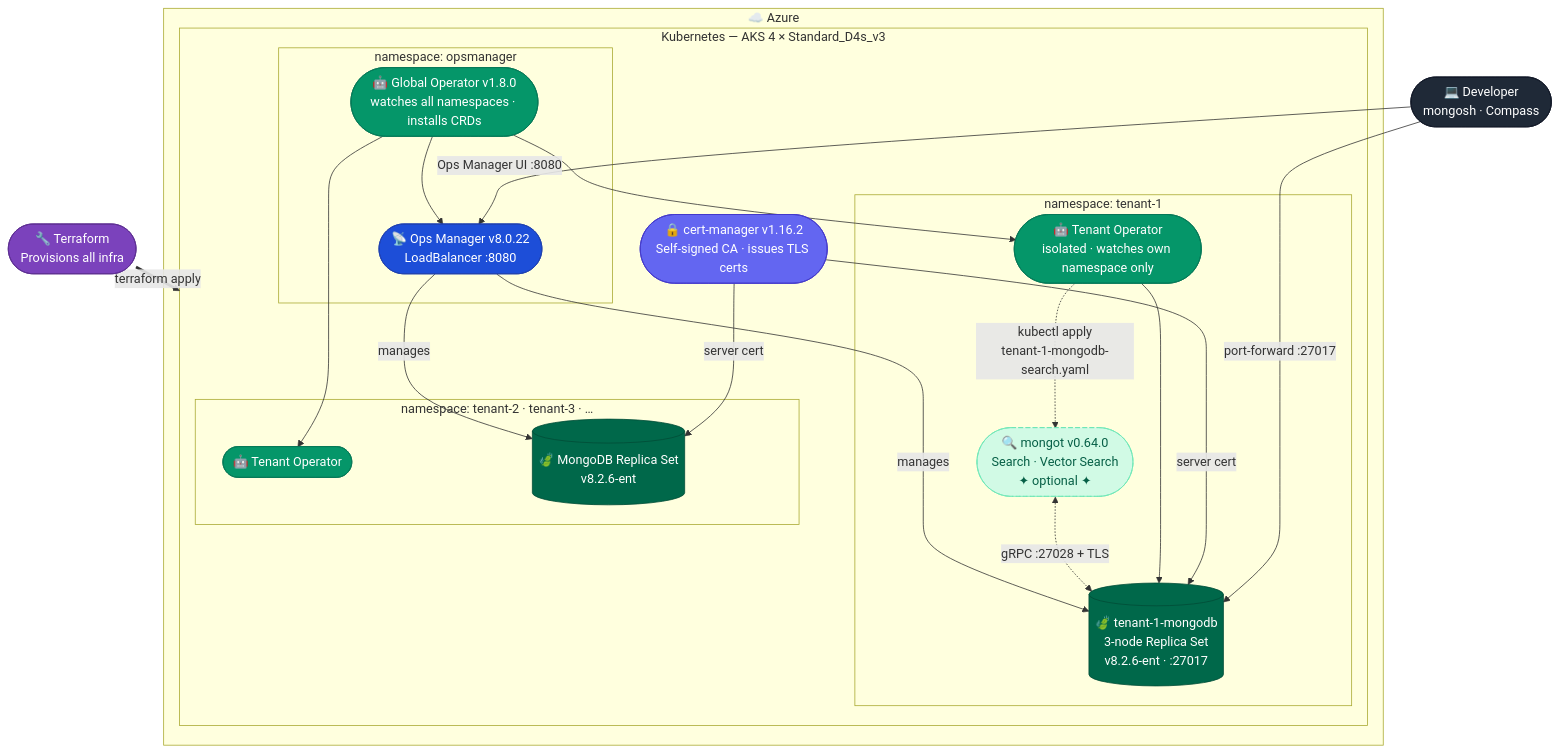
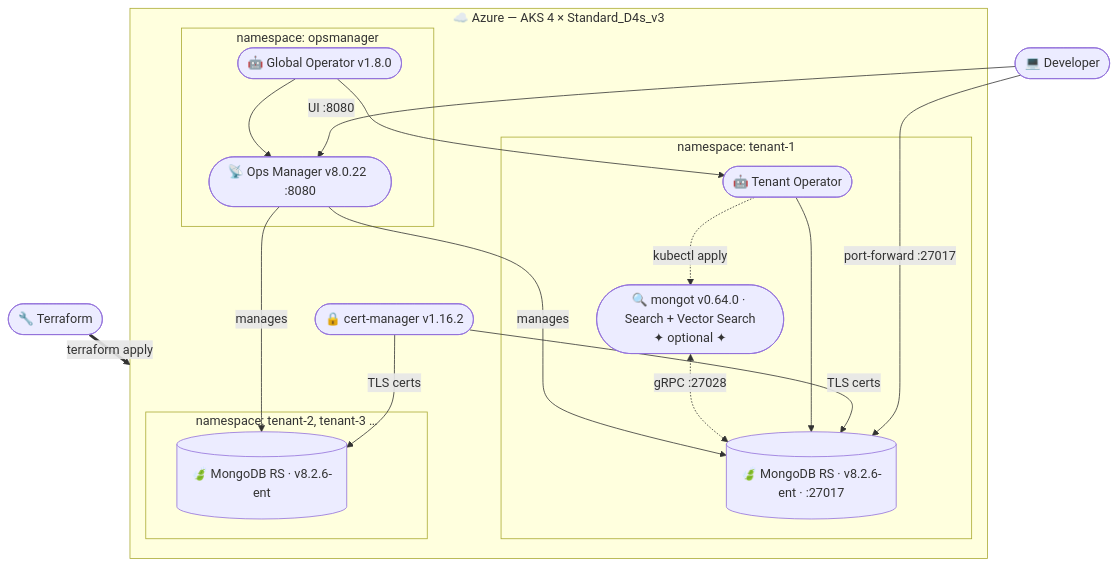
The diagram in README.md (scott-thomas/Azure-AKS-MongoDB-EA-OPS-Manager), drawn with Mermaid before and after one commit.

Commit message:
simplify and modernise architecture diagram in README

````diff
--- a/README.md
+++ b/README.md
@@ -3,49 +3,34 @@
 ```mermaid
-graph TB
-    classDef dev     fill:#1F2937,color:#fff,stroke:#111827
-    classDef tf      fill:#7B42BC,color:#fff,stroke:#5C2D91
-    classDef infra   fill:#6366F1,color:#fff,stroke:#4338CA
-    classDef ops     fill:#1D4ED8,color:#fff,stroke:#1E40AF
-    classDef operator fill:#059669,color:#fff,stroke:#047857
-    classDef mongo   fill:#00684A,color:#fff,stroke:#004d37
-    classDef search  fill:#D1FAE5,color:#065F46,stroke:#6EE7B7,stroke-dasharray:6 3
+flowchart TB
+    TF(["🔧 Terraform"])
+    DEV(["💻 Developer"])
 
-    DEV(["💻 Developer\nmongosh · Compass"]):::dev
-    TF(["🔧 Terraform\nProvisions all infra"]):::tf
+    subgraph AZURE["☁️ Azure — AKS 4 × Standard_D4s_v3"]
+        CM(["🔒 cert-manager v1.16.2"])
 
-    subgraph AZURE["☁️  Azure"]
-        subgraph AKS["  Kubernetes — AKS  4 × Standard_D4s_v3  "]
-            CM(["🔒 cert-manager v1.16.2\nSelf-signed CA · issues TLS certs"]):::infra
+        subgraph OM["namespace: opsmanager"]
+            GLOB(["🤖 Global Operator v1.8.0"])
+            OMS(["📡 Ops Manager v8.0.22  :8080"])
+        end
 
-            subgraph OM_NS["  namespace: opsmanager  "]
-                GLOBALOP(["🤖 Global Operator v1.8.0\nwatches all namespaces · installs CRDs"]):::operator
-                OPSMGR(["📡 Ops Manager v8.0.22\nLoadBalancer :8080"]):::ops
-            end
+        subgraph T1["namespace: tenant-1"]
+            TOP(["🤖 Tenant Operator"])
+            RS[("🍃 MongoDB RS · v8.2.6-ent · :27017")]
+            SRCH(["🔍 mongot v0.64.0 · Search + Vector Search\n✦ optional ✦"])
+        end
 
-            subgraph AF_NS["  namespace: tenant-1  "]
-                TOP(["🤖 Tenant Operator\nisolated · watches own namespace only"]):::operator
-                RS[("🍃 tenant-1-mongodb\n3-node Replica Set\nv8.2.6-ent · :27017")]:::mongo
-                MONGOT(["🔍 mongot v0.64.0\nSearch · Vector Search\n✦  optional  ✦"]):::search
-            end
-
-            subgraph OT_NS["  namespace: tenant-2 · tenant-3 · …  "]
-                OPx(["🤖 Tenant Operator"]):::operator
-                RSx[("🍃 MongoDB Replica Set\nv8.2.6-ent")]:::mongo
-            end
+        subgraph TN["namespace: tenant-2, tenant-3 …"]
+            RSx[("🍃 MongoDB RS · v8.2.6-ent")]
         end
     end
 
-    TF           ==>|"terraform apply"| AKS
-    DEV          -->|"port-forward :27017"| RS
-    DEV          -->|"Ops Manager UI :8080"| OPSMGR
-    CM           -->|"server cert"| RS
-    CM           -->|"server cert"| RSx
-    GLOBALOP     -->  OPSMGR
-    GLOBALOP     -->  TOP
-    GLOBALOP     -->  OPx
-    TOP          -->  RS
-    TOP          -.->|"kubectl apply\ntenant-1-mongodb-search.yaml"| MONGOT
-    MONGOT       <-.->|"gRPC :27028 + TLS"| RS
-    OPSMGR       -->|"manages"| RS
-    OPSMGR       -->|"manages"| RSx
+    TF    ==>|terraform apply| AZURE
+    DEV   -->|port-forward :27017| RS
+    DEV   -->|UI :8080| OMS
+    CM    -->|TLS certs| RS & RSx
+    GLOB  --> OMS & TOP
+    TOP   --> RS
+    TOP   -.->|kubectl apply| SRCH
+    SRCH  <-.->|gRPC :27028| RS
+    OMS   -->|manages| RS & RSx
 ```
````
